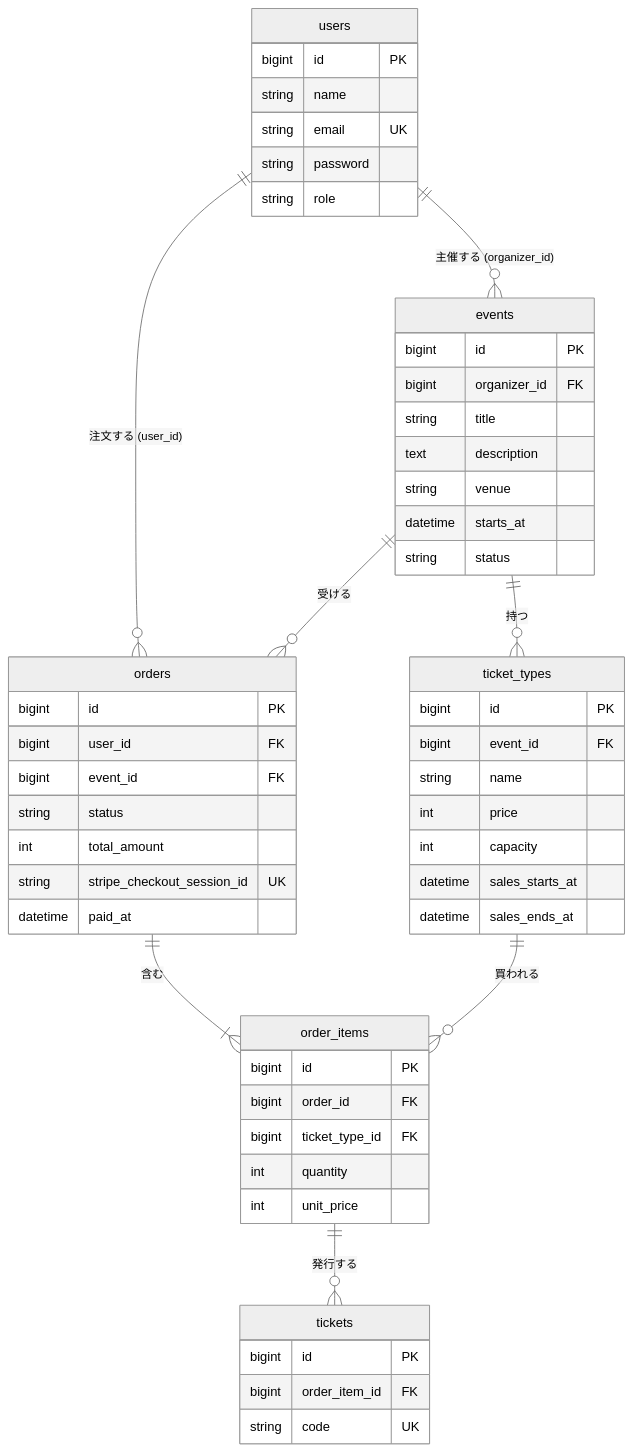
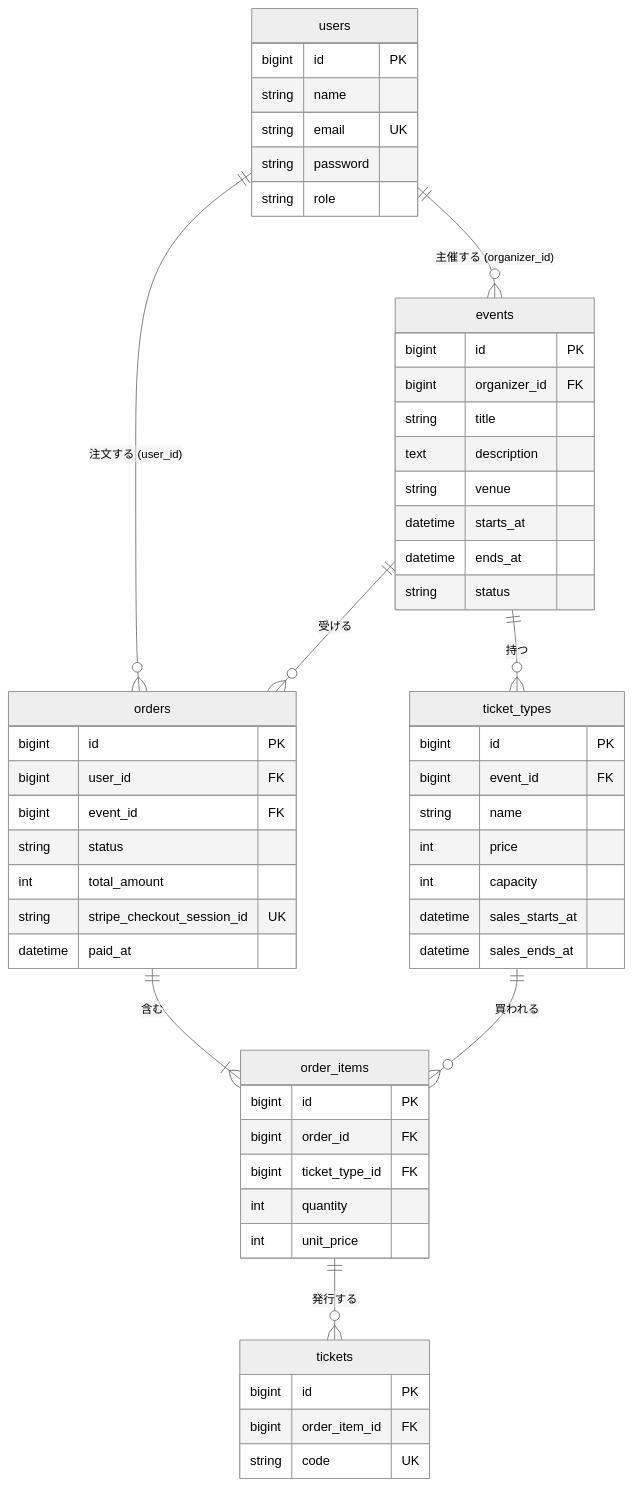
Before and after one commit to makiyok/ticket-app: the diagram in doc/design/database.md, drawn with Mermaid (neutral theme). The commit also changed other lines of this file and 23 other files, not shown here.

````diff
--- a/doc/design/database.md
+++ b/doc/design/database.md
@@ -8,57 +8,58 @@
 ```mermaid
 erDiagram
     users ||--o{ events : "主催する (organizer_id)"
     users ||--o{ orders : "注文する (user_id)"
     events ||--o{ ticket_types : "持つ"
     events ||--o{ orders : "受ける"
     orders ||--|{ order_items : "含む"
     ticket_types ||--o{ order_items : "買われる"
     order_items ||--o{ tickets : "発行する"
 
     users {
         bigint id PK
         string name
         string email UK
         string password
         string role
     }
     events {
         bigint id PK
         bigint organizer_id FK
         string title
         text description
         string venue
         datetime starts_at
+        datetime ends_at
         string status
     }
     ticket_types {
         bigint id PK
         bigint event_id FK
         string name
         int price
         int capacity
         datetime sales_starts_at
         datetime sales_ends_at
     }
     orders {
         bigint id PK
         bigint user_id FK
         bigint event_id FK
         string status
         int total_amount
         string stripe_checkout_session_id UK
         datetime paid_at
     }
     order_items {
         bigint id PK
         bigint order_id FK
         bigint ticket_type_id FK
         int quantity
         int unit_price
     }
     tickets {
         bigint id PK
         bigint order_item_id FK
         string code UK
     }
 ```
````
